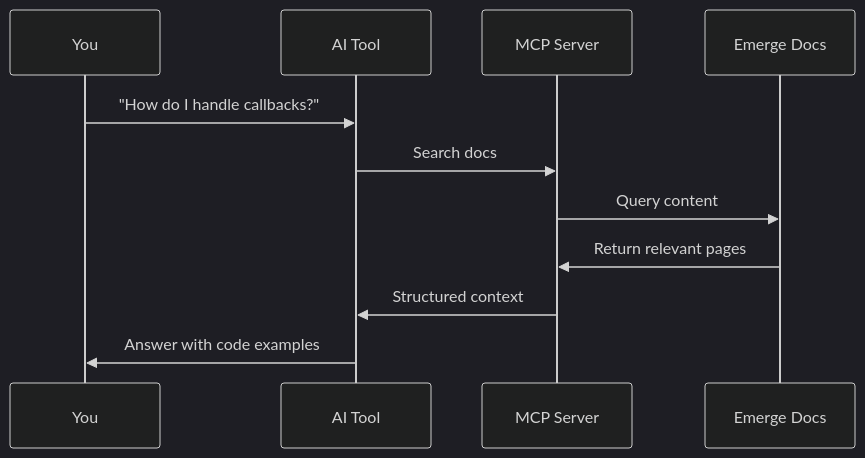
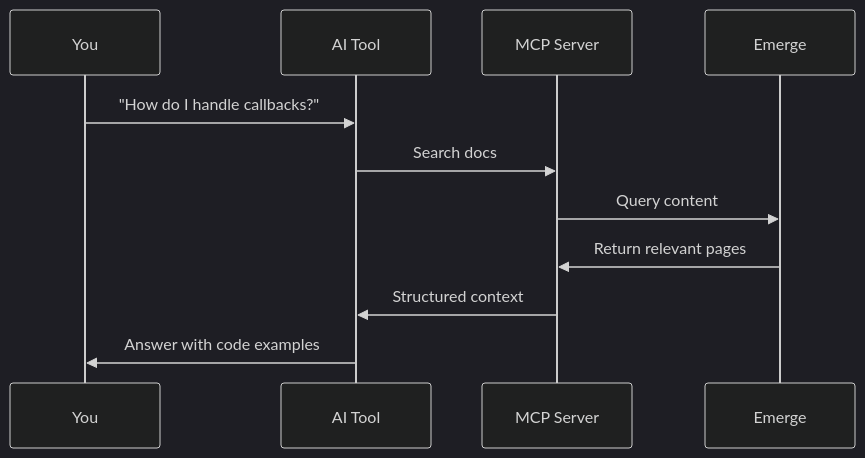
One commit to emerge-protocol/docs changed the diagram in ai/overview.mdx. Above: the diagram before and after it, drawn with Mermaid (dark theme). The commit also changed other lines of this file and 17 other files, not shown here.

````diff
--- a/ai/overview.mdx
+++ b/ai/overview.mdx
@@ -27,14 +102,14 @@
 ```mermaid
 sequenceDiagram
     participant You
     participant AI Tool
     participant MCP Server
-    participant Emerge Docs
+    participant Emerge
 
     You->>AI Tool: "How do I handle callbacks?"
     AI Tool->>MCP Server: Search docs
-    MCP Server->>Emerge Docs: Query content
-    Emerge Docs->>MCP Server: Return relevant pages
+    MCP Server->>Emerge: Query content
+    Emerge->>MCP Server: Return relevant pages
     MCP Server->>AI Tool: Structured context
     AI Tool->>You: Answer with code examples
 ```
````
